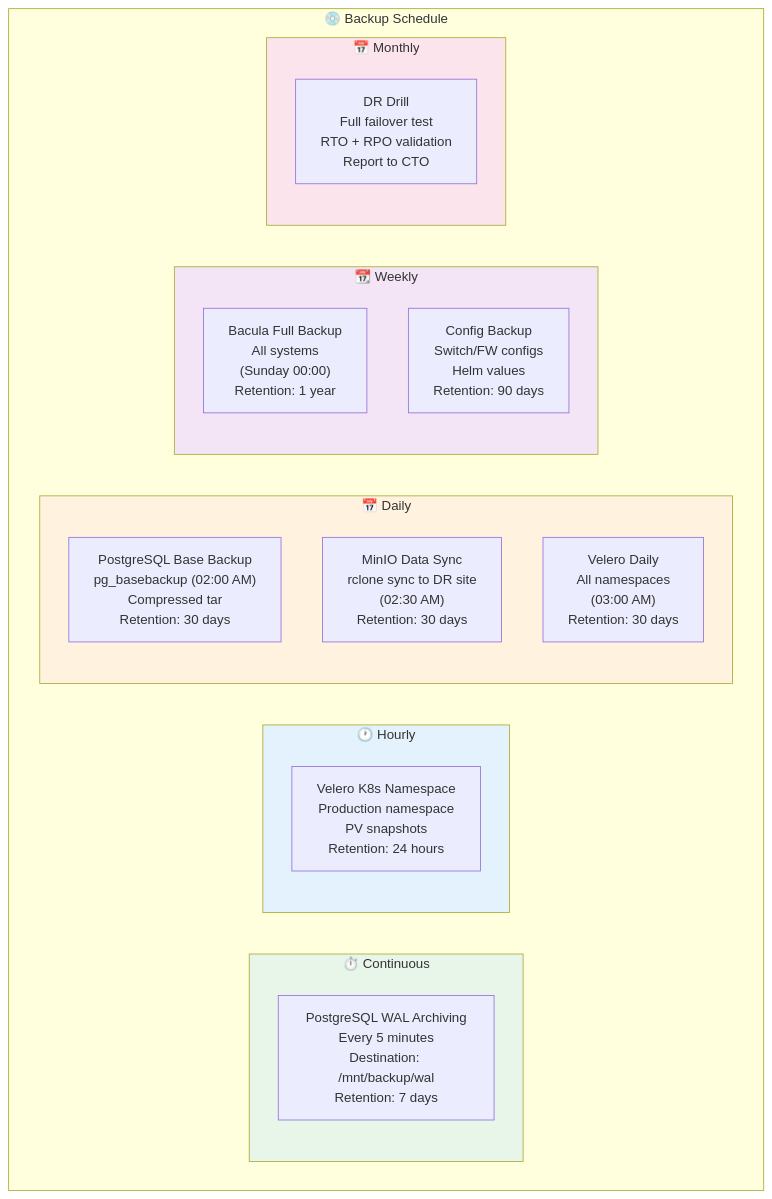
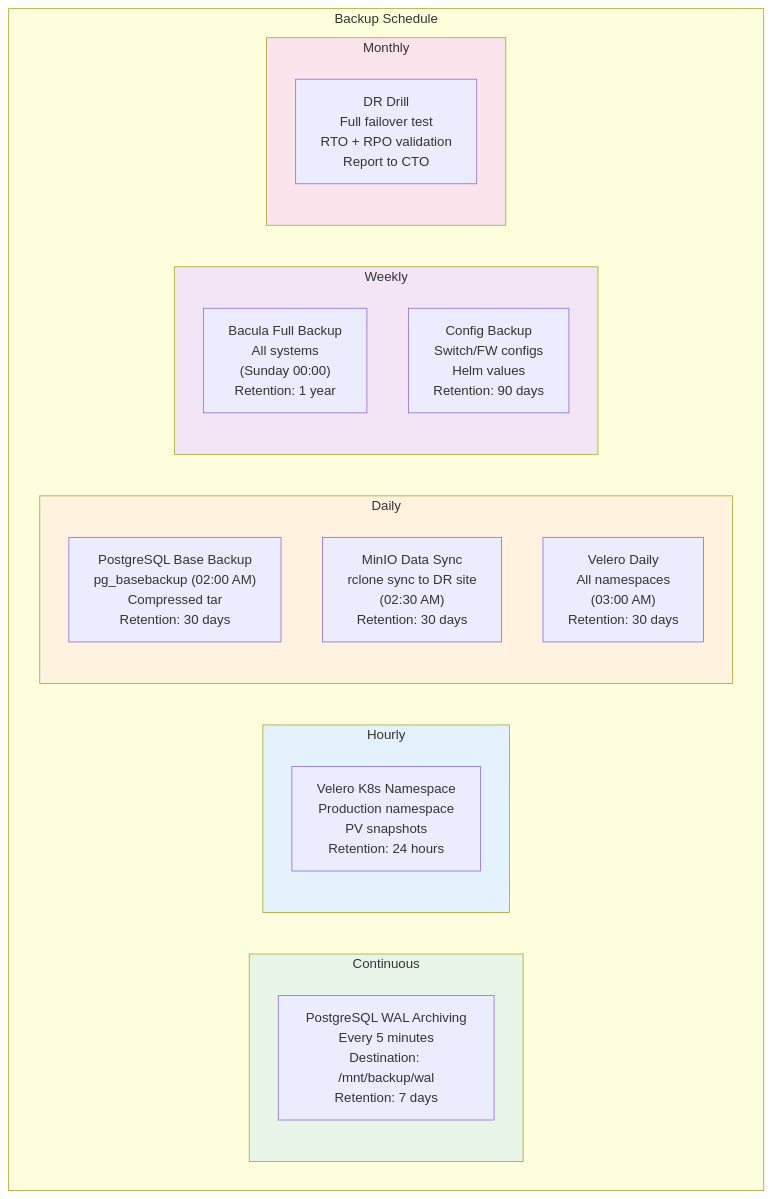
One commit to Shasi19/Azure-VxRail-VMware-Migration changed the third of 3 diagrams in docs/Presentation/03-LLD-Low-Level-Design.md. Above: the diagram before and after it, drawn with Mermaid. The commit also changed other lines of this file and 7 other files, not shown here.

First line of the commit message:
Fix all remaining Mermaid render issues across all files

````diff
--- a/docs/Presentation/03-LLD-Low-Level-Design.md
+++ b/docs/Presentation/03-LLD-Low-Level-Design.md
@@ -263,29 +263,29 @@
 ```mermaid
 graph TD
-    subgraph BACKUP_SCHED["💿 Backup Schedule"]
-        subgraph CONTINUOUS["⏱️ Continuous"]
+    subgraph BACKUP_SCHED["Backup Schedule"]
+        subgraph CONTINUOUS["Continuous"]
             WAL["PostgreSQL WAL Archiving\nEvery 5 minutes\nDestination: /mnt/backup/wal\nRetention: 7 days"]
         end
-        subgraph HOURLY["🕐 Hourly"]
+        subgraph HOURLY["Hourly"]
             VELERO_HOURLY["Velero K8s Namespace\nProduction namespace\nPV snapshots\nRetention: 24 hours"]
         end
-        subgraph DAILY["📅 Daily"]
+        subgraph DAILY["Daily"]
             PG_DAILY["PostgreSQL Base Backup\npg_basebackup (02:00 AM)\nCompressed tar\nRetention: 30 days"]
             MINIO_DAILY["MinIO Data Sync\nrclone sync to DR site\n(02:30 AM)\nRetention: 30 days"]
             VELERO_DAILY["Velero Daily\nAll namespaces\n(03:00 AM)\nRetention: 30 days"]
         end
-        subgraph WEEKLY["📆 Weekly"]
+        subgraph WEEKLY["Weekly"]
             FULL_BACKUP["Bacula Full Backup\nAll systems\n(Sunday 00:00)\nRetention: 1 year"]
             CONFIG_BACKUP["Config Backup\nSwitch/FW configs\nHelm values\nRetention: 90 days"]
         end
-        subgraph MONTHLY["📅 Monthly"]
+        subgraph MONTHLY["Monthly"]
             DR_DRILL["DR Drill\nFull failover test\nRTO + RPO validation\nReport to CTO"]
         end
     end
 
     style CONTINUOUS fill:#e8f5e9
     style HOURLY fill:#e3f2fd
     style DAILY fill:#fff3e0
     style WEEKLY fill:#f3e5f5
     style MONTHLY fill:#fce4ec
 ```
````
